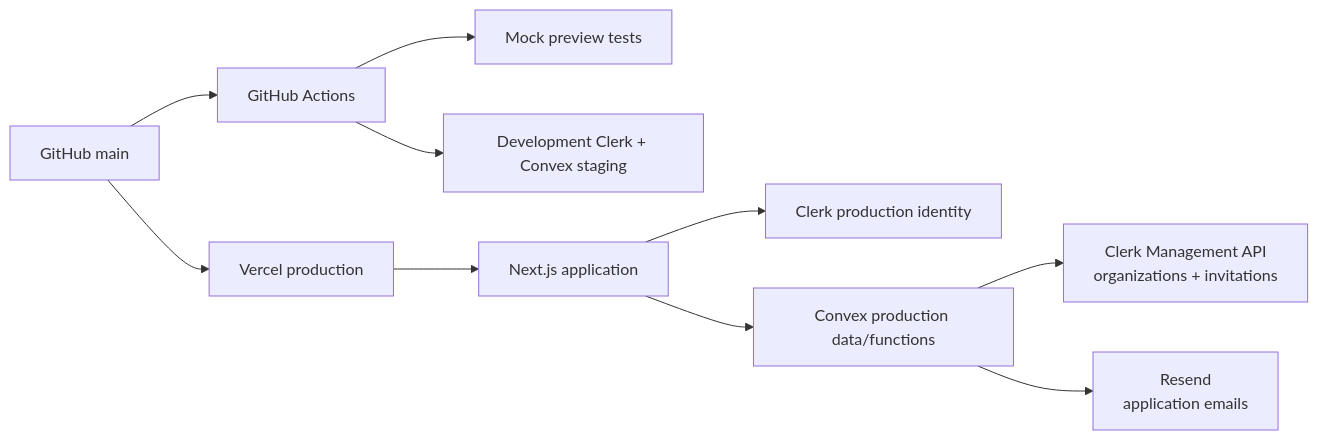
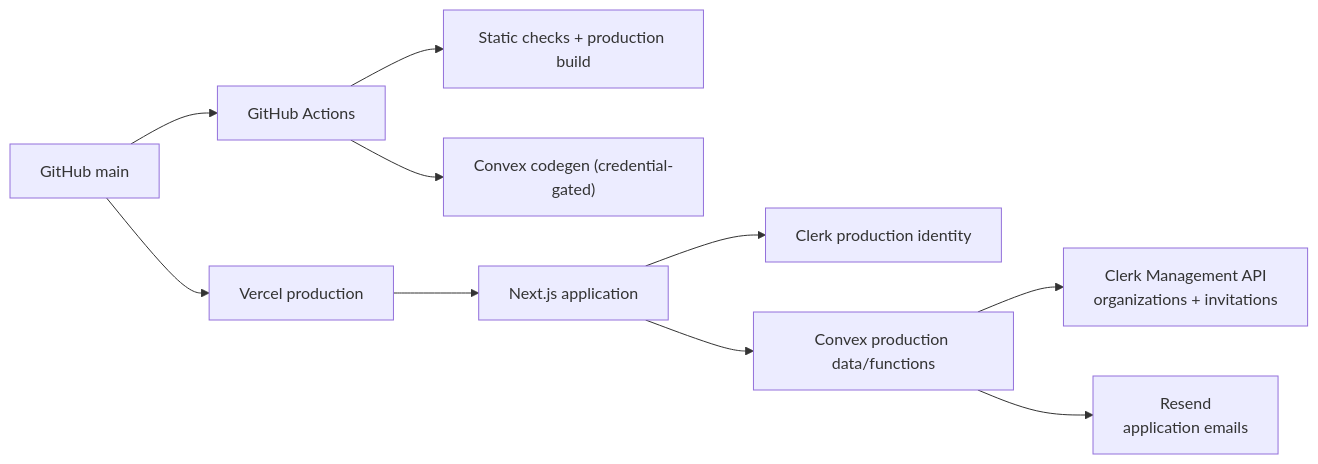
Before and after one commit to hashemnusair/Rivet: the first of 10 diagrams in docs/12_SYSTEM_MAPS_AND_RELEASE_RUNBOOK.md, drawn with Mermaid. The commit also changed other lines of this file and 2 other files, not shown here.

Commit message:
Remove Playwright from production CI

````diff
--- a/docs/12_SYSTEM_MAPS_AND_RELEASE_RUNBOOK.md
+++ b/docs/12_SYSTEM_MAPS_AND_RELEASE_RUNBOOK.md
@@ -69,12 +69,12 @@
 ```mermaid
 flowchart LR
     GH["GitHub main"] --> CI["GitHub Actions"]
     GH --> V["Vercel production"]
-    CI --> MOCK["Mock preview tests"]
-    CI --> STAGE["Development Clerk + Convex staging"]
+    CI --> STATIC["Static checks + production build"]
+    CI --> CODEGEN["Convex codegen (credential-gated)"]
     V --> WEB["Next.js application"]
     WEB --> CLERK["Clerk production identity"]
     WEB --> CONVEX["Convex production data/functions"]
     CONVEX --> CLERKAPI["Clerk Management API<br/>organizations + invitations"]
     CONVEX --> RESEND["Resend<br/>application emails"]
 ```
````
